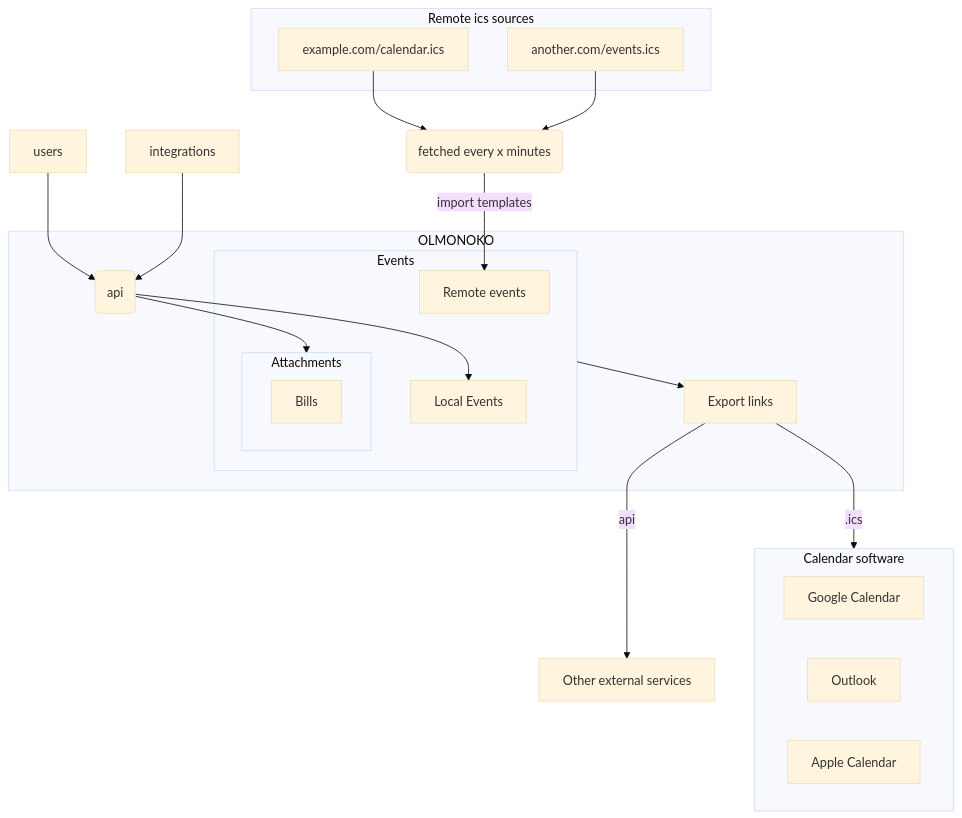
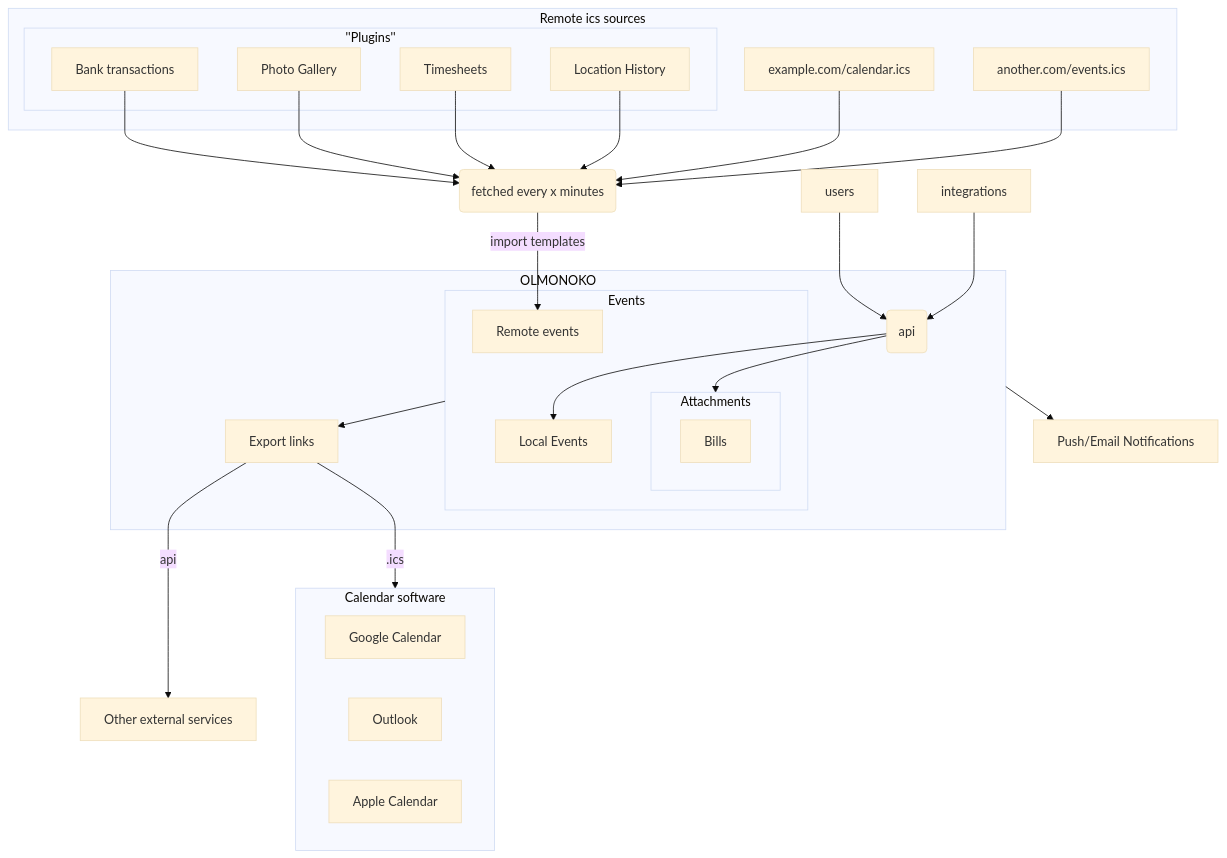
Before and after one commit to xypine/olmonoko: the diagram in README.md, drawn with Mermaid (base theme). The commit also changed other lines of this file, not shown here.

````diff
--- a/README.md
+++ b/README.md
@@ -8,41 +8,52 @@
 ```mermaid
 graph TD
     subgraph RS[Remote ics sources]
         RS1[example.com/calendar.ics]
         RS2[another.com/events.ics]
+        subgraph P[''Plugins'']
+            RS3[Bank transactions]
+            RS4[Photo Gallery]
+            RS5[Timesheets]
+            RS6[Location History]
+        end
     end
     subgraph EC[Calendar software]
             GCal[Google Calendar]
             Outlook
             ACal[Apple Calendar]
     end
     open[Other external services]
 
     sync(fetched every x minutes)
     RS1-->sync
     RS2-->sync
+    RS3-->sync
+    RS4-->sync
+    RS5-->sync
+    RS6-->sync
 
     subgraph O[OLMONOKO]
         api
         subgraph OE[Events]
             RE[Remote events]
             LE[Local Events]
             subgraph AT[Attachments]
                 Bills
             end
         end
         OV[Export links]
         OE-->OV
     end
+    O-->PN[Push/Email Notifications]
 
     sync--import templates-->RE
 
     api(api)
     manual[users]-->api
     integrations[integrations]-->api
     api-->LE
     api-->AT
 
 OV--.ics-->EC
 OV--api-->open
 ```
````
